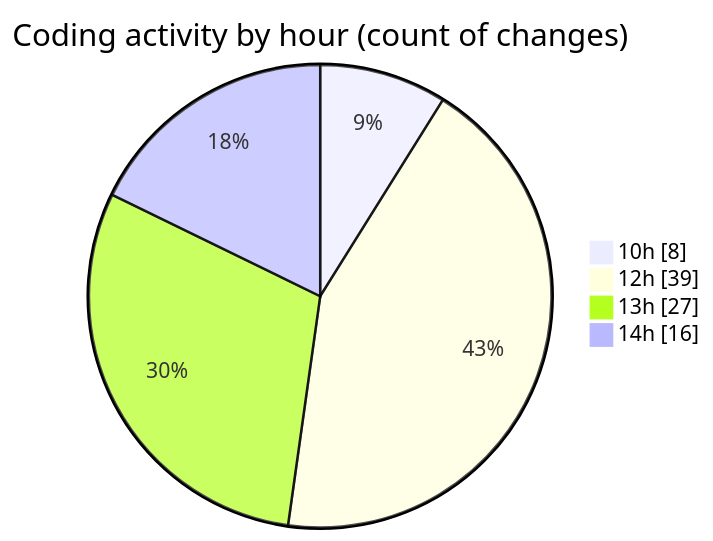
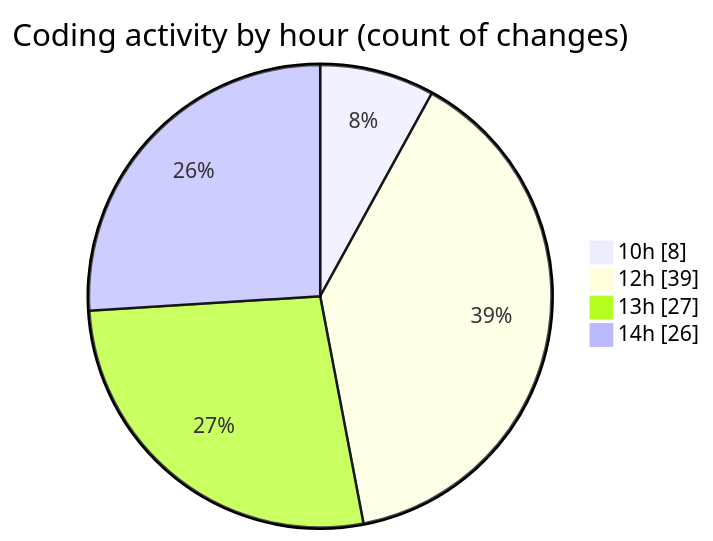
Before and after one commit to momahboobian/code-tracking: the second of 2 diagrams in 2025-05-02/cda/README.md, drawn with Mermaid. The commit also changed other lines of this file and 1 other file, not shown here.

````diff
--- a/2025-05-02/cda/README.md
+++ b/2025-05-02/cda/README.md
@@ -40,8 +40,8 @@
 ```mermaid
 pie showData
 title Coding activity by hour (count of changes)
 "10h" : 8
 "12h" : 39
 "13h" : 27
-"14h" : 16
+"14h" : 26
 ```
````
